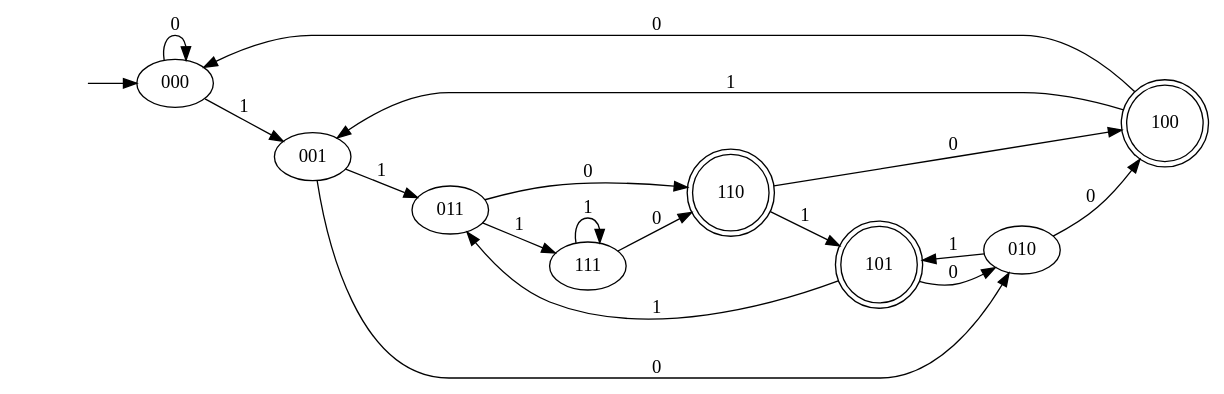
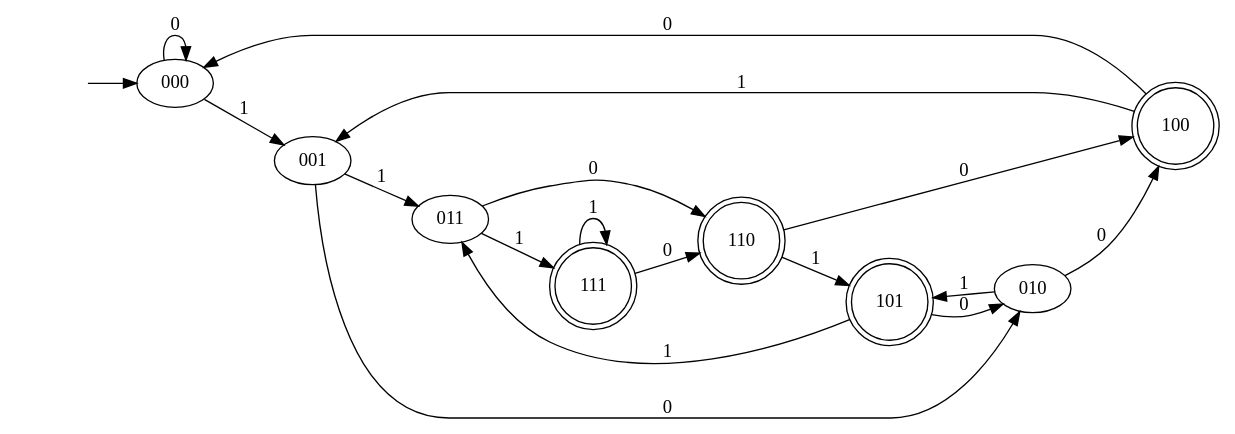
One commit to atu-se/atu.innomadic.com changed the ninth of 11 diagrams in courses/flat/lectures/lecture3.md. Above: the diagram before and after it, drawn with Graphviz. The commit also changed other lines of this file and 28 other files, not shown here.

````diff
--- a/courses/flat/lectures/lecture3.md
+++ b/courses/flat/lectures/lecture3.md
@@ -298,28 +304,28 @@
 ```dot
 digraph G{
     rankdir="LR"
     null [label= "", shape=none]
     100 [shape=doublecircle]
     110 [shape=doublecircle]
     101 [shape=doublecircle]
-    100 [shape=doublecircle]
+    111 [shape=doublecircle]
 
     null -> 000
     000 -> 000 [label=0]
     000 -> 001 [label="1"]
     001 -> 011 [label="1"]
     001 -> 010 [label="0"]
     011 -> 111 [label="1"]
     011 -> 110 [label="0"]
     111 -> 110 [label=0]
     111 -> 111 [label=1]
     110 -> 101 [label=1]
     110 -> 100 [label=0]
     101 -> 011 [label=1]
     101 -> 010 [label=0]
     100 -> 000 [label=0]
     100 -> 001 [label=1]
     010 -> 100 [label=0]
     010 -> 101 [label=1]
 }
 ```
````
